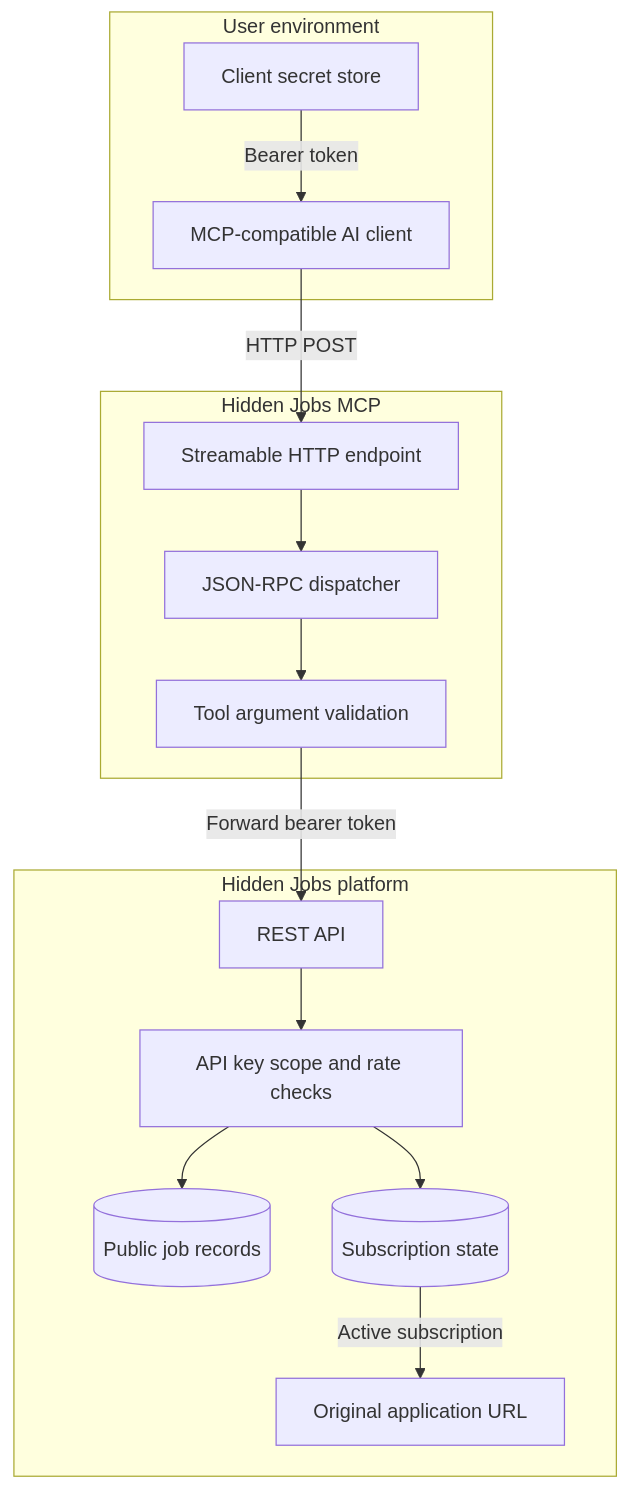
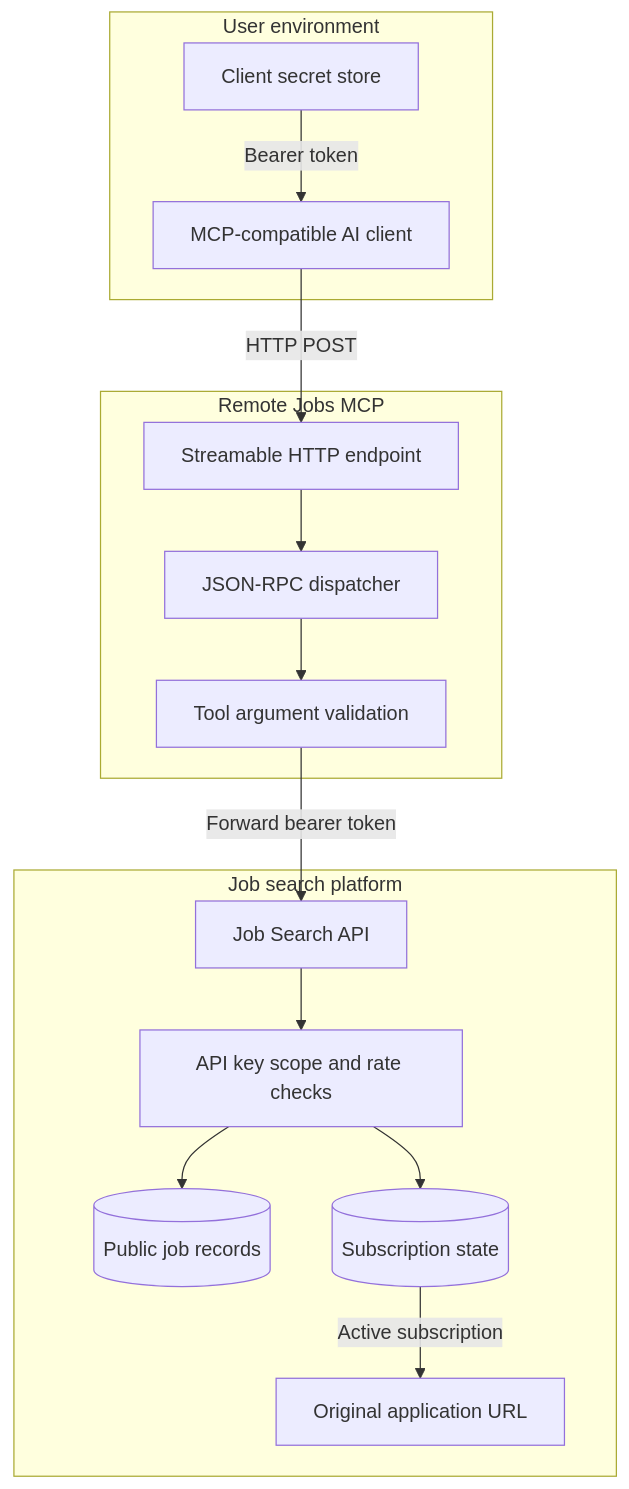
One commit to hiddenjobs/job-search-mcp changed the diagram in docs/architecture.md. Above: the diagram before and after it, drawn with Mermaid. The commit also changed other lines of this file and 14 other files, not shown here.

Commit message:
Present MCP as a remote job search product

````diff
--- a/docs/architecture.md
+++ b/docs/architecture.md
@@ -5,30 +5,30 @@
 ```mermaid
 flowchart TB
     subgraph Client[User environment]
         Agent[MCP-compatible AI client]
         Secret[Client secret store]
     end
 
-    subgraph Adapter[Hidden Jobs MCP]
+    subgraph Adapter[Remote Jobs MCP]
         HTTP[Streamable HTTP endpoint]
         JSONRPC[JSON-RPC dispatcher]
         Tools[Tool argument validation]
     end
 
-    subgraph Platform[Hidden Jobs platform]
-        REST[REST API]
+    subgraph Platform[Job search platform]
+        REST[Job Search API]
         Auth[API key scope and rate checks]
         Jobs[(Public job records)]
         Billing[(Subscription state)]
         Source[Original application URL]
     end
 
     Secret -->|Bearer token| Agent
     Agent -->|HTTP POST| HTTP
     HTTP --> JSONRPC --> Tools
     Tools -->|Forward bearer token| REST
     REST --> Auth
     Auth --> Jobs
     Auth --> Billing
     Billing -->|Active subscription| Source
 ```
````
